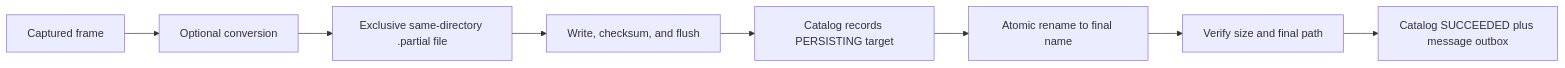
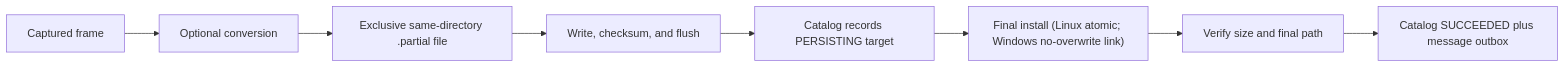
One commit to edgecommons/camera-adapter changed the sixth of 15 diagrams in DESIGN.md. Above: the diagram before and after it, drawn with Mermaid. The commit also changed other lines of this file and 75 other files, not shown here.

````diff
--- a/DESIGN.md
+++ b/DESIGN.md
@@ -428,10 +431,10 @@
 ```mermaid
 flowchart LR
   Frame["Captured frame"] --> Convert["Optional conversion"]
   Convert --> Temp["Exclusive same-directory .partial file"]
   Temp --> Flush["Write, checksum, and flush"]
   Flush --> Record["Catalog records PERSISTING target"]
-  Record --> Rename["Atomic rename to final name"]
+  Record --> Rename["Final install (Linux atomic; Windows no-overwrite link)"]
   Rename --> Verify["Verify size and final path"]
   Verify --> Commit["Catalog SUCCEEDED plus message outbox"]
 ```
````
